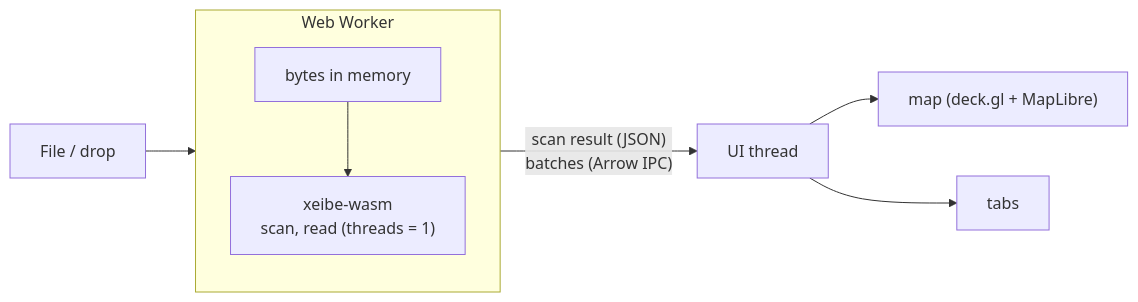
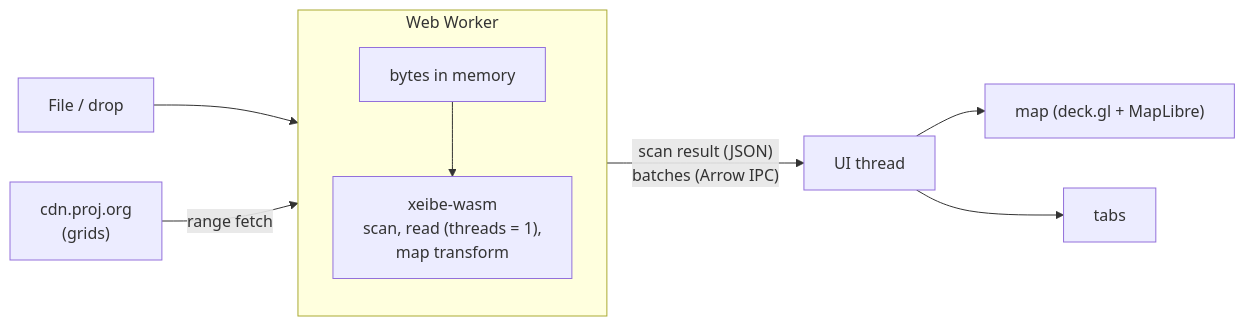
One commit to ttomasz/xeibe changed the diagram in docs/web.md. Above: the diagram before and after it, drawn with Mermaid. The commit also changed other lines of this file and 1 other file, not shown here.

First line of the commit message:
Web page plan: map views with xeibe-reproject, export deferred

````diff
--- a/docs/web.md
+++ b/docs/web.md
@@ -84,10 +106,11 @@
 ```mermaid
 flowchart LR
     file["File / drop"] --> worker
+    cdn["cdn.proj.org<br/>(grids)"] -->|range fetch| worker
     subgraph worker["Web Worker"]
-        bytes["bytes in memory"] --> wasm["xeibe-wasm<br/>scan, read (threads = 1)"]
+        bytes["bytes in memory"] --> wasm["xeibe-wasm<br/>scan, read (threads = 1),<br/>map transform"]
     end
     worker -->|"scan result (JSON)<br/>batches (Arrow IPC)"| ui["UI thread"]
     ui --> map["map (deck.gl + MapLibre)"]
     ui --> tabs["tabs"]
 ```
````
